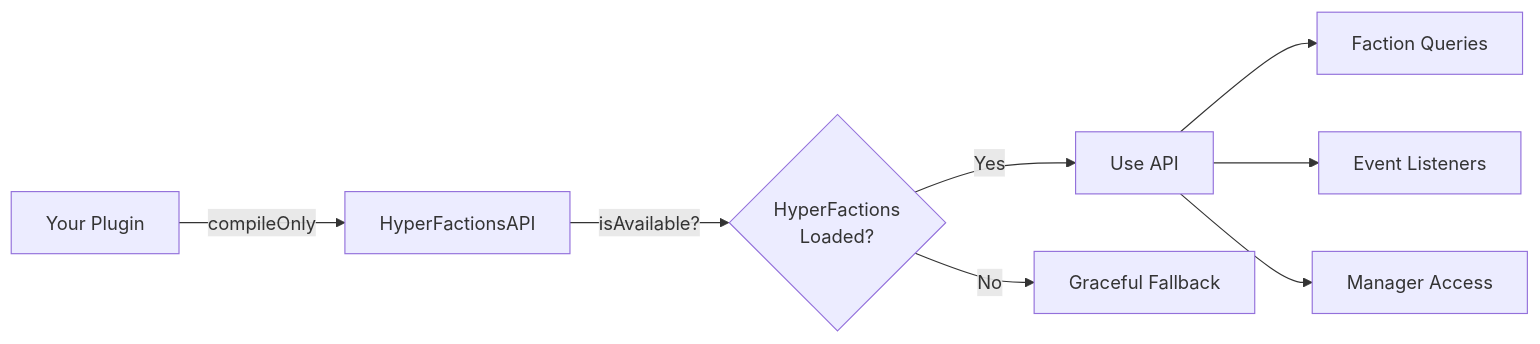
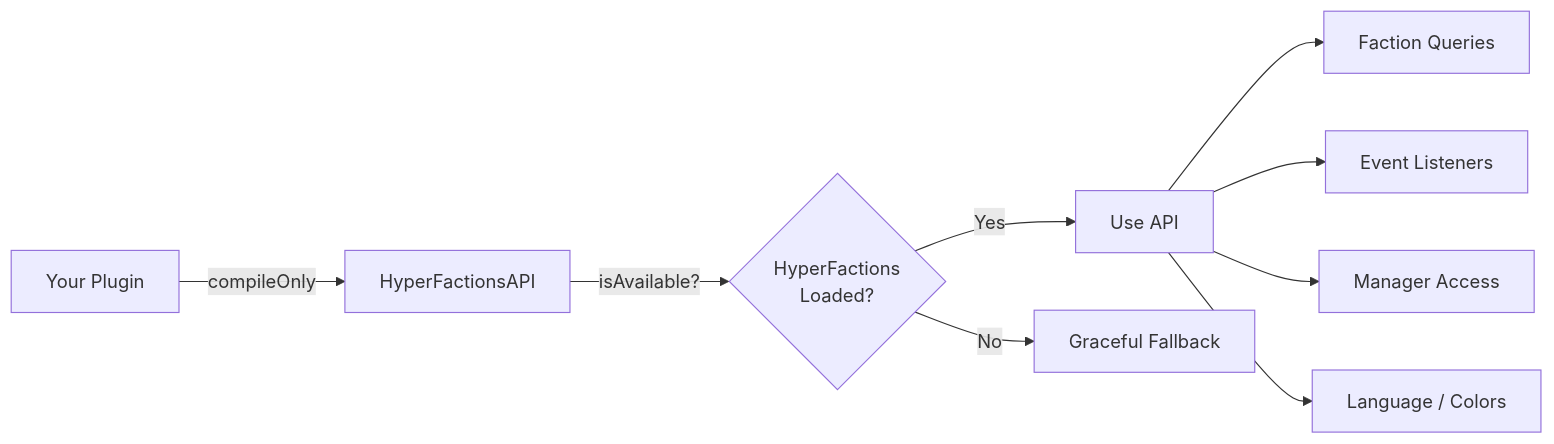
One commit to HyperSystems-Development/HyperFactions changed the diagram in docs/api.md. Above: the diagram before and after it, drawn with Mermaid. The commit also changed other lines of this file, not shown here.

First line of the commit message:
docs: update API reference with language, chat colors, events, pre-events, config persistence

````diff
--- a/docs/api.md
+++ b/docs/api.md
@@ -64,10 +69,11 @@
 ```mermaid
 flowchart LR
     A[Your Plugin] -->|compileOnly| B[HyperFactionsAPI]
     B -->|isAvailable?| C{HyperFactions\nLoaded?}
     C -->|Yes| D[Use API]
     C -->|No| E[Graceful Fallback]
     D --> F[Faction Queries]
     D --> G[Event Listeners]
     D --> H[Manager Access]
+    D --> I[Language / Colors]
 ```
````
